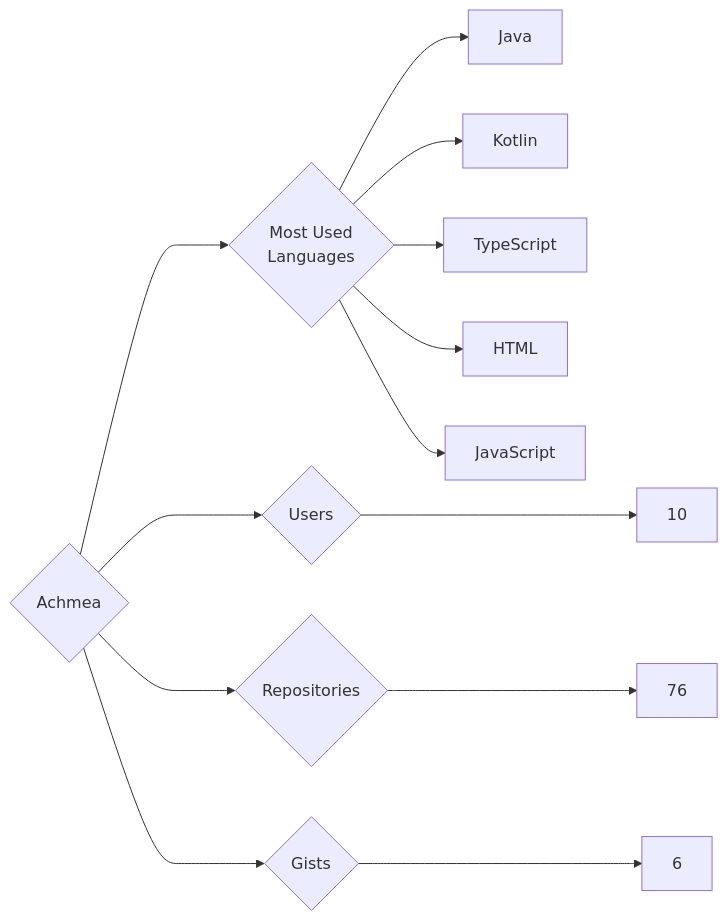
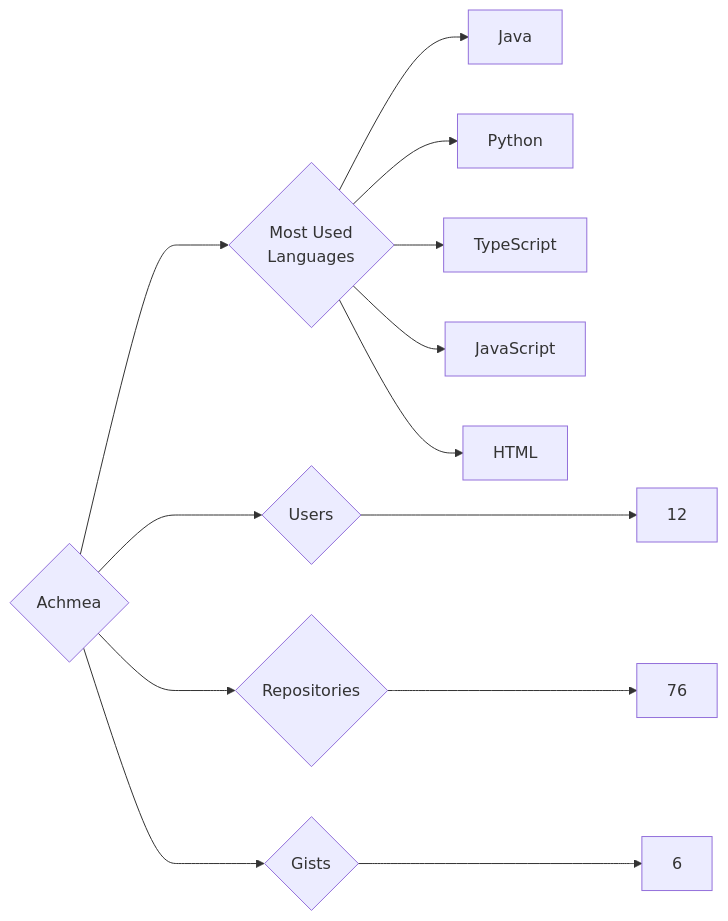
One commit to trickest/insiders changed the diagram in targets/Achmea/README.md. Above: the diagram before and after it, drawn with Mermaid. The commit also changed 715 other files, not shown here.

````diff
--- a/targets/Achmea/README.md
+++ b/targets/Achmea/README.md
@@ -3,13 +3,13 @@
 ```mermaid
 graph LR
 COMPANY_NAME{Achmea}
-COMPANY_NAME ---> U{Users} ---> UN[10]
+COMPANY_NAME ---> U{Users} ---> UN[12]
 COMPANY_NAME ---> R{Repositories} ---> RN[76]
 COMPANY_NAME ---> G{Gists} ---> GN[6]
 COMPANY_NAME ---> ML{Most Used<br>Languages}
 ML --> Java[Java]
-ML --> Kotlin[Kotlin]
+ML --> Python[Python]
 ML --> TypeScript[TypeScript]
+ML --> JavaScript[JavaScript]
 ML --> HTML[HTML]
-ML --> JavaScript[JavaScript]
 ```
````
